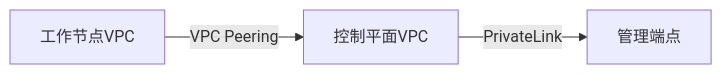
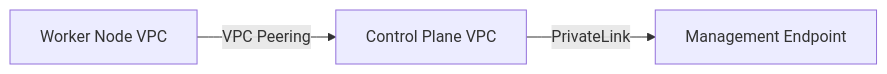
The second of 2 diagrams in files/hypershift-vs-openshift.md (liweinan/deepseek-answers), drawn with Mermaid before and after one commit. The commit also changed other lines of this file and 135 other files, not shown here.

````diff
--- a/files/hypershift-vs-openshift.md
+++ b/files/hypershift-vs-openshift.md
@@ -83,5 +83,5 @@
 ```mermaid
 graph LR
-    A[工作节点VPC] -->|VPC Peering| B[控制平面VPC]
-    B -->|PrivateLink| C[管理端点]
+    A[Worker Node VPC] -->|VPC Peering| B[Control Plane VPC]
+    B -->|PrivateLink| C[Management Endpoint]
 ```
````
